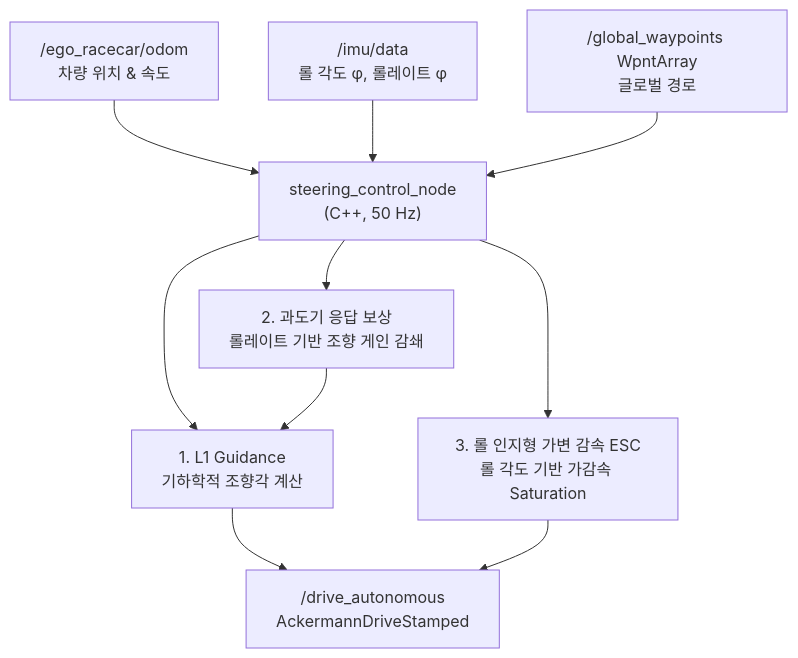
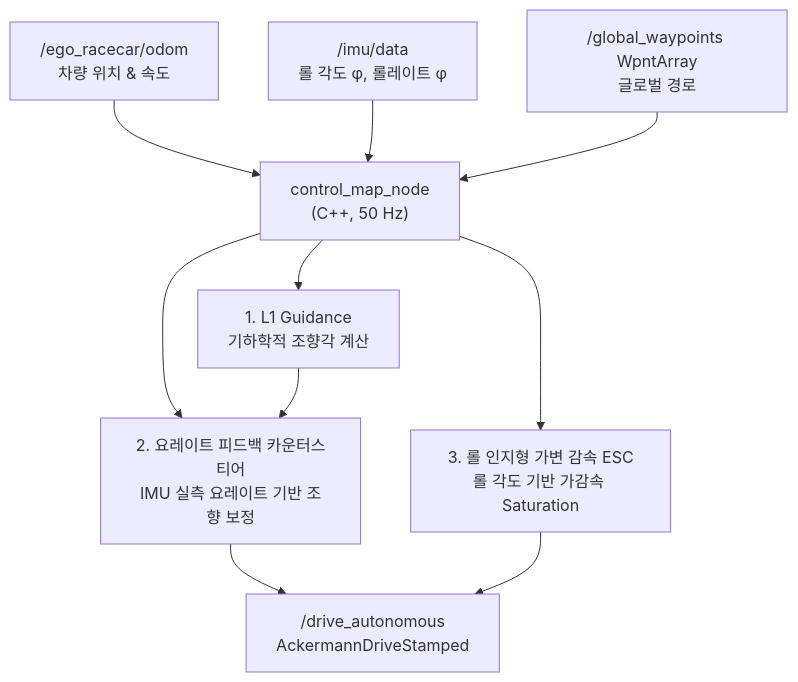
One commit to tenmeneat/F1-tenth_control changed the diagram in CLAUDE.md. Above: the diagram before and after it, drawn with Mermaid. The commit also changed other lines of this file and 20 other files, not shown here.

````diff
--- a/CLAUDE.md
+++ b/CLAUDE.md
@@ -95,26 +135,26 @@
 ```mermaid
 graph TD
     SubOdom["/ego_racecar/odom<br>차량 위치 & 속도"]
     SubIMU["/imu/data<br>롤 각도 φ, 롤레이트 φ̇"]
     Waypoints["/global_waypoints WpntArray<br>글로벌 경로"]
 
-    Controller["steering_control_node<br>(C++, 50 Hz)"]
+    Controller["control_map_node<br>(C++, 50 Hz)"]
 
     SubL1["1. L1 Guidance<br>기하학적 조향각 계산"]
-    SubTransient["2. 과도기 응답 보상<br>롤레이트 기반 조향 게인 감쇄"]
+    SubYawRate["2. 요레이트 피드백 카운터스티어<br>IMU 실측 요레이트 기반 조향 보정"]
     SubESC["3. 롤 인지형 가변 감속 ESC<br>롤 각도 기반 가감속 Saturation"]
 
     PubDrive["/drive_autonomous<br>AckermannDriveStamped"]
 
     SubOdom --> Controller
     SubIMU --> Controller
     Waypoints --> Controller
 
     Controller --> SubL1
-    Controller --> SubTransient
+    Controller --> SubYawRate
     Controller --> SubESC
 
-    SubL1 --> PubDrive
-    SubTransient --> SubL1
+    SubL1 --> SubYawRate
+    SubYawRate --> PubDrive
     SubESC --> PubDrive
 ```
````
